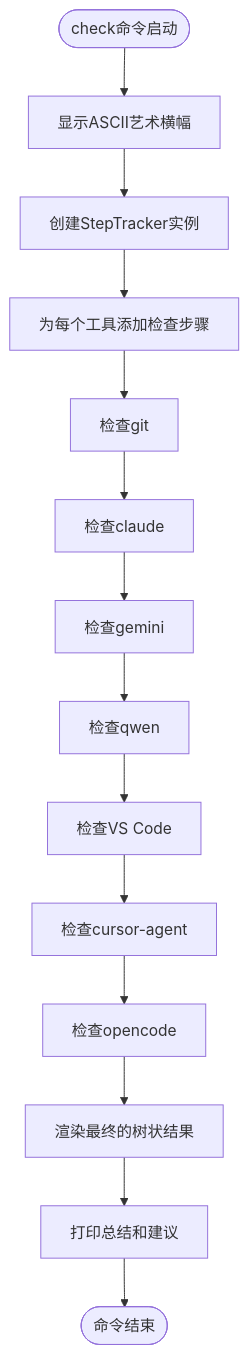
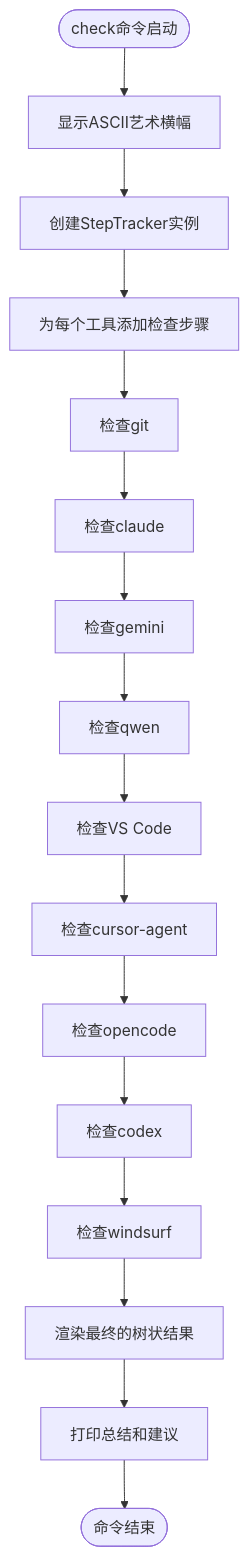
Before and after one commit to afanty2021/spec-kit: the fourth of 5 diagrams in .qoder/repowiki/zh/content/CLI命令参考/CLI命令参考.md, drawn with Mermaid. The commit also changed other lines of this file and 9 other files, not shown here.

````diff
--- a/.qoder/repowiki/zh/content/CLI命令参考/CLI命令参考.md
+++ b/.qoder/repowiki/zh/content/CLI命令参考/CLI命令参考.md
@@ -150,16 +168,18 @@
 ```mermaid
 flowchart TD
 Start([check命令启动]) --> ShowBanner["显示ASCII艺术横幅"]
 ShowBanner --> CreateTracker["创建StepTracker实例"]
 CreateTracker --> AddSteps["为每个工具添加检查步骤"]
 AddSteps --> CheckGit["检查git"]
 CheckGit --> CheckClaude["检查claude"]
 CheckClaude --> CheckGemini["检查gemini"]
 CheckGemini --> CheckQwen["检查qwen"]
 CheckQwen --> CheckCode["检查VS Code"]
 CheckCode --> CheckCursor["检查cursor-agent"]
 CheckCursor --> CheckOpencode["检查opencode"]
-CheckOpencode --> RenderTree["渲染最终的树状结果"]
+CheckOpencode --> CheckCodex["检查codex"]
+CheckCodex --> CheckWindsurf["检查windsurf"]
+CheckWindsurf --> RenderTree["渲染最终的树状结果"]
 RenderTree --> PrintSummary["打印总结和建议"]
 PrintSummary --> End([命令结束])
 ```
````
